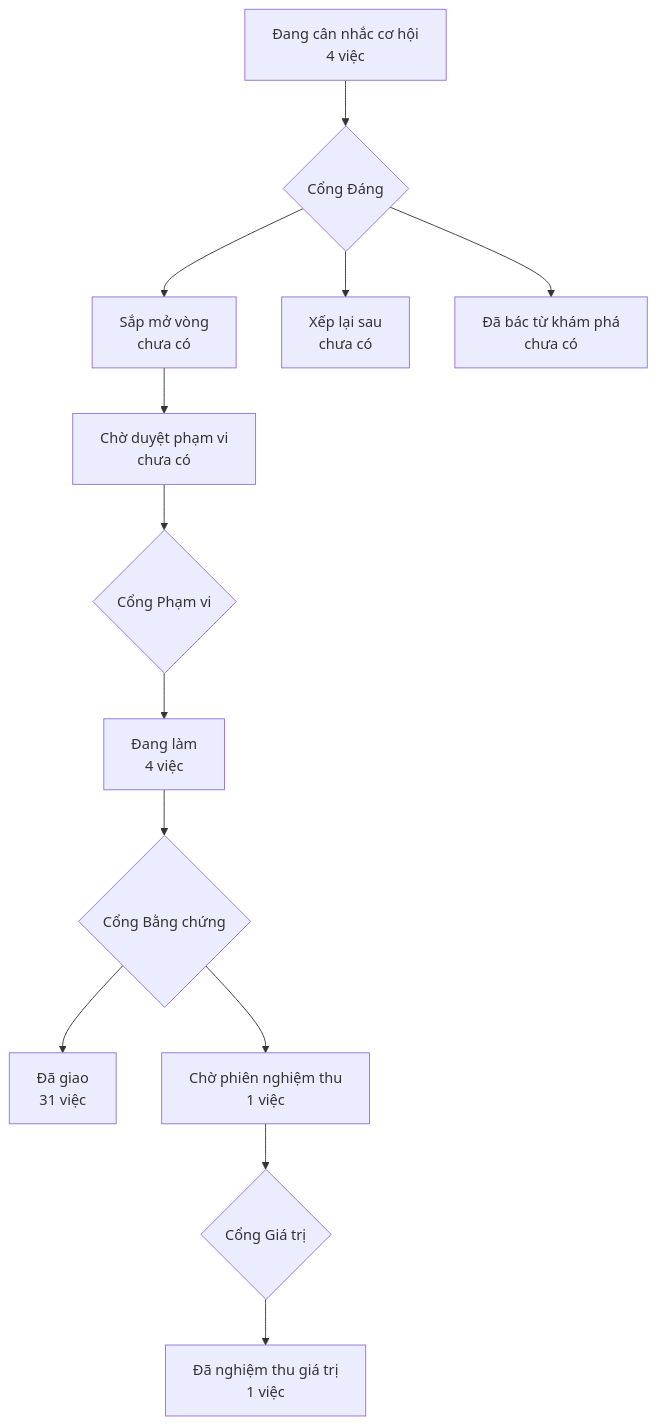
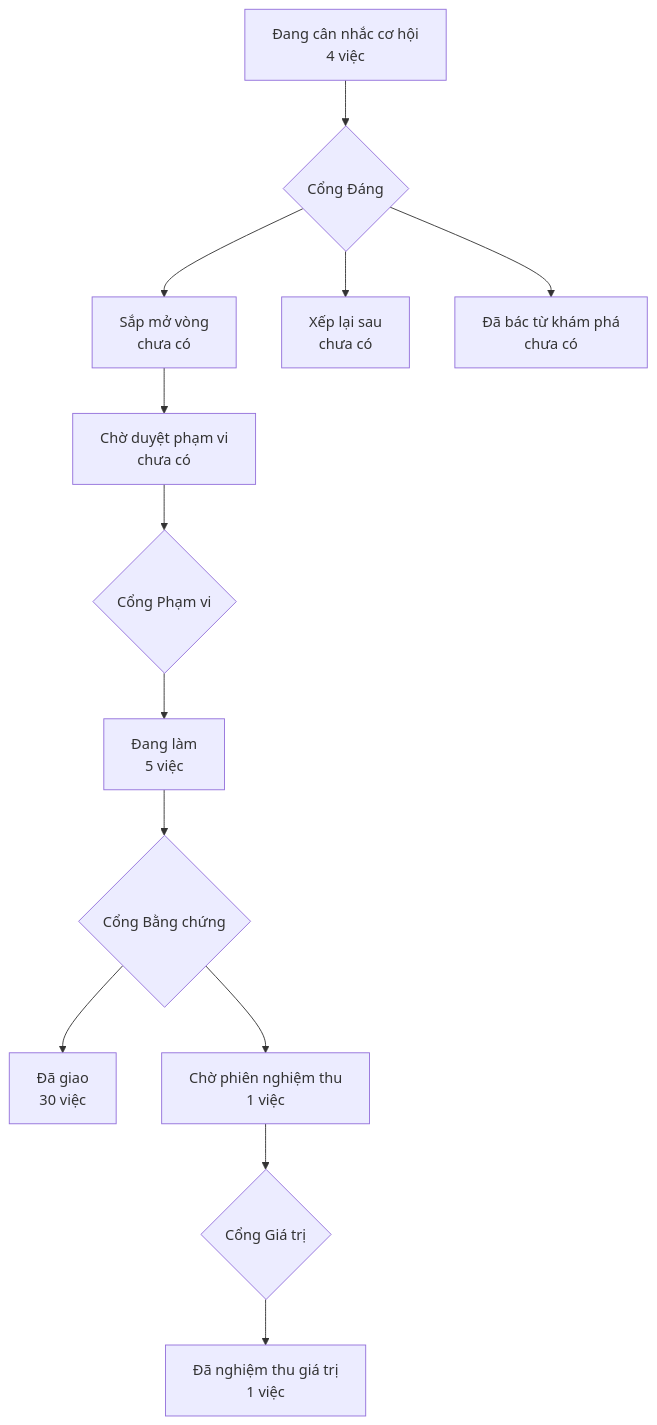
The diagram in PRODUCT-MAP.md (phanlemanh/crm-onehub), drawn with Mermaid before and after one commit.

Commit message:
chore(product-map): vẽ lại bản đồ sau chữ ký Gate 1 của agent-builder
Commit 445d36e ký Cổng 1 cho agent-builder-noi-tieng-viet và thu phạm vi
AC-6, nên hồ sơ ấy rời «Đã giao» về «Đang làm». Bản đồ chưa được vẽ lại
sau chữ ký đó, và CI Acceptance đã kêu liên tục từ 516560d.

Đây là bước vẽ lại còn thiếu, không phải sửa nội dung: toàn bộ diff do
scripts/product-map.mjs sinh ra.

````diff
--- a/PRODUCT-MAP.md
+++ b/PRODUCT-MAP.md
@@ -6,12 +6,12 @@
 ```mermaid
 flowchart TD
   A["Đang cân nhắc cơ hội<br/>4 việc"] --> GD{"Cổng Đáng"}
   GD --> B["Sắp mở vòng<br/>chưa có"]
   GD --> XL["Xếp lại sau<br/>chưa có"]
   GD --> DB["Đã bác từ khám phá<br/>chưa có"]
   B --> CD["Chờ duyệt phạm vi<br/>chưa có"] --> GP{"Cổng Phạm vi"}
-  GP --> DL["Đang làm<br/>4 việc"] --> GB{"Cổng Bằng chứng"}
-  GB --> DG["Đã giao<br/>31 việc"]
+  GP --> DL["Đang làm<br/>5 việc"] --> GB{"Cổng Bằng chứng"}
+  GB --> DG["Đã giao<br/>30 việc"]
   GB --> CN["Chờ phiên nghiệm thu<br/>1 việc"] --> GG{"Cổng Giá trị"}
   GG --> NT["Đã nghiệm thu giá trị<br/>1 việc"]
 ```
````
